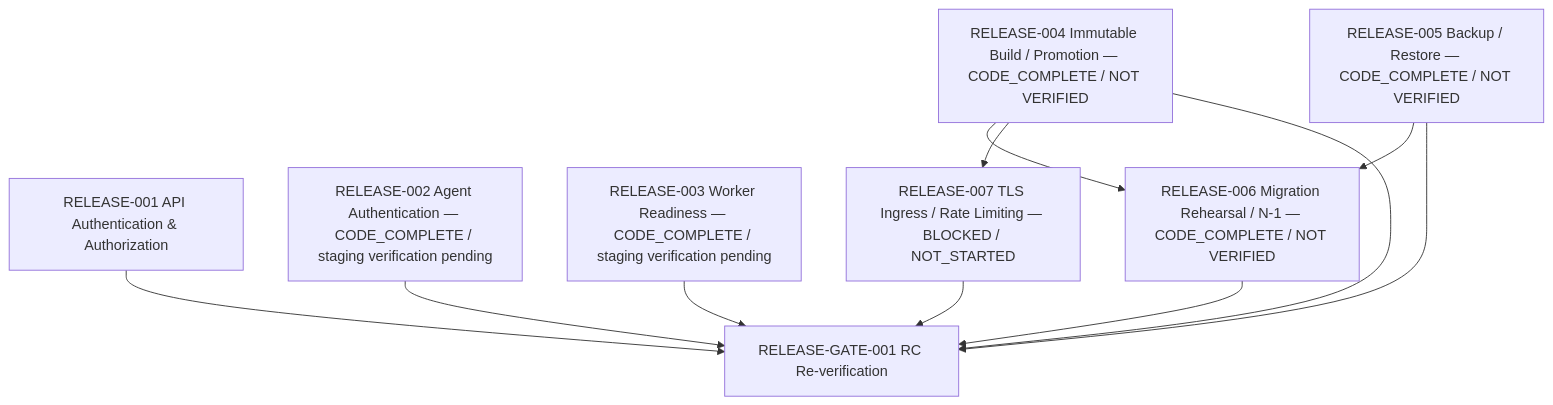
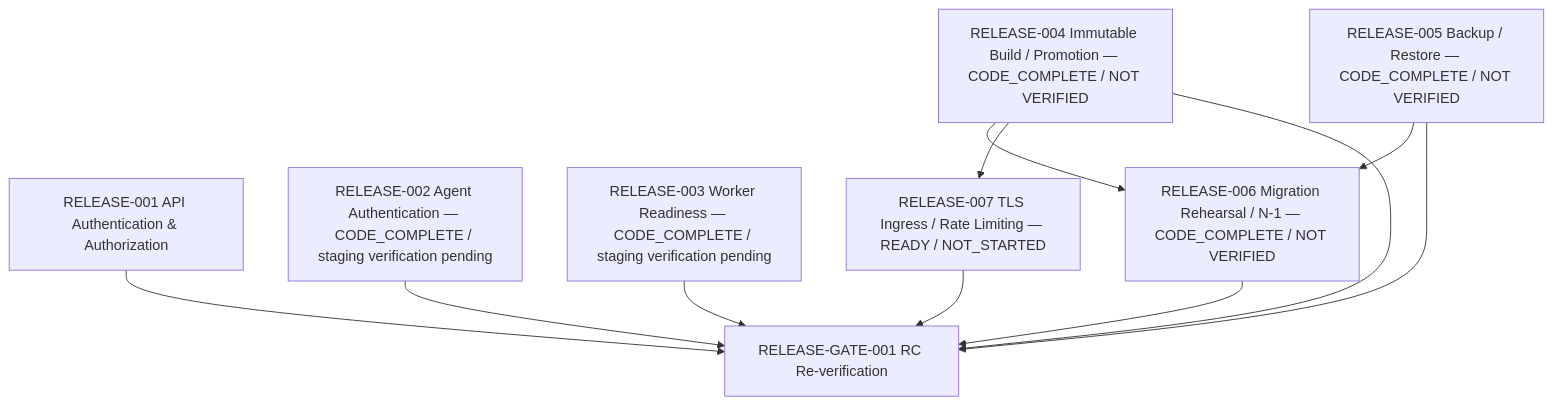
Before and after one commit to duclee9x/itcenter: the diagram in docs/release/RELEASE_DEPENDENCY_GRAPH.md, drawn with Mermaid. The commit also changed other lines of this file and 9 other files, not shown here.

````diff
--- a/docs/release/RELEASE_DEPENDENCY_GRAPH.md
+++ b/docs/release/RELEASE_DEPENDENCY_GRAPH.md
@@ -6,23 +6,23 @@
 ```mermaid
 flowchart TD
   R001[RELEASE-001 API Authentication & Authorization]
   R002[RELEASE-002 Agent Authentication — CODE_COMPLETE / staging verification pending]
   R003[RELEASE-003 Worker Readiness — CODE_COMPLETE / staging verification pending]
   R004[RELEASE-004 Immutable Build / Promotion — CODE_COMPLETE / NOT VERIFIED]
   R005[RELEASE-005 Backup / Restore — CODE_COMPLETE / NOT VERIFIED]
   R006[RELEASE-006 Migration Rehearsal / N-1 — CODE_COMPLETE / NOT VERIFIED]
-  R007[RELEASE-007 TLS Ingress / Rate Limiting — BLOCKED / NOT_STARTED]
+  R007[RELEASE-007 TLS Ingress / Rate Limiting — READY / NOT_STARTED]
   G001[RELEASE-GATE-001 RC Re-verification]
 
   R004 --> R006
   R005 --> R006
   R004 --> R007
 
   R001 --> G001
   R002 --> G001
   R003 --> G001
   R004 --> G001
   R005 --> G001
   R006 --> G001
   R007 --> G001
 ```
````
